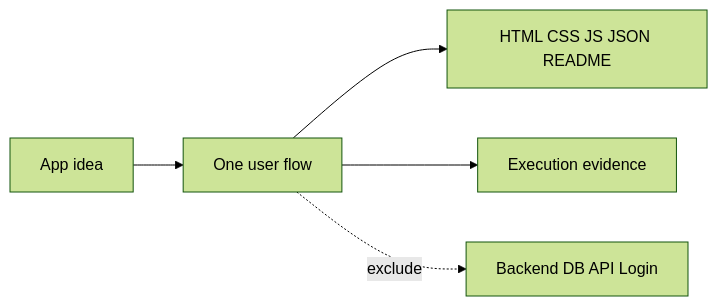
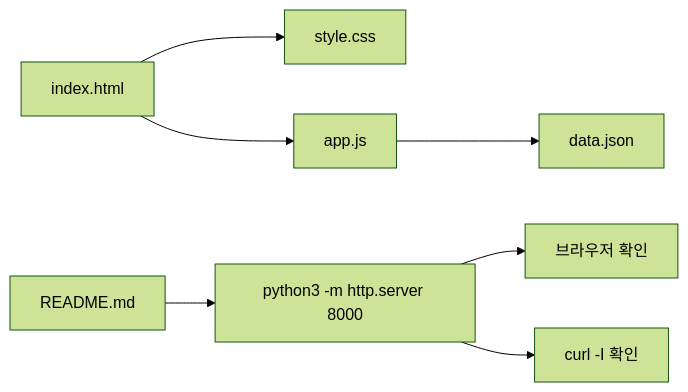
Before and after one commit to HwantaLee/w3d3-github-actions-dockerhub: the diagram in week1/day4/lesson-01.md, drawn with Mermaid (forest theme). The commit also changed other lines of this file and 38 other files, not shown here.

````diff
--- a/week1/day4/lesson-01.md
+++ b/week1/day4/lesson-01.md
@@ -31,7 +49,9 @@
 ```mermaid
 flowchart LR
-  Idea[App idea] --> Flow[One user flow]
-  Flow --> Files[HTML CSS JS JSON README]
-  Flow --> Evidence[Execution evidence]
-  Flow -.exclude.-> Backend[Backend DB API Login]
+  Html[index.html] --> Css[style.css]
+  Html --> Js[app.js]
+  Js --> Data[data.json]
+  Readme[README.md] --> Run[python3 -m http.server 8000]
+  Run --> Browser[브라우저 확인]
+  Run --> Curl[curl -I 확인]
 ```
````
